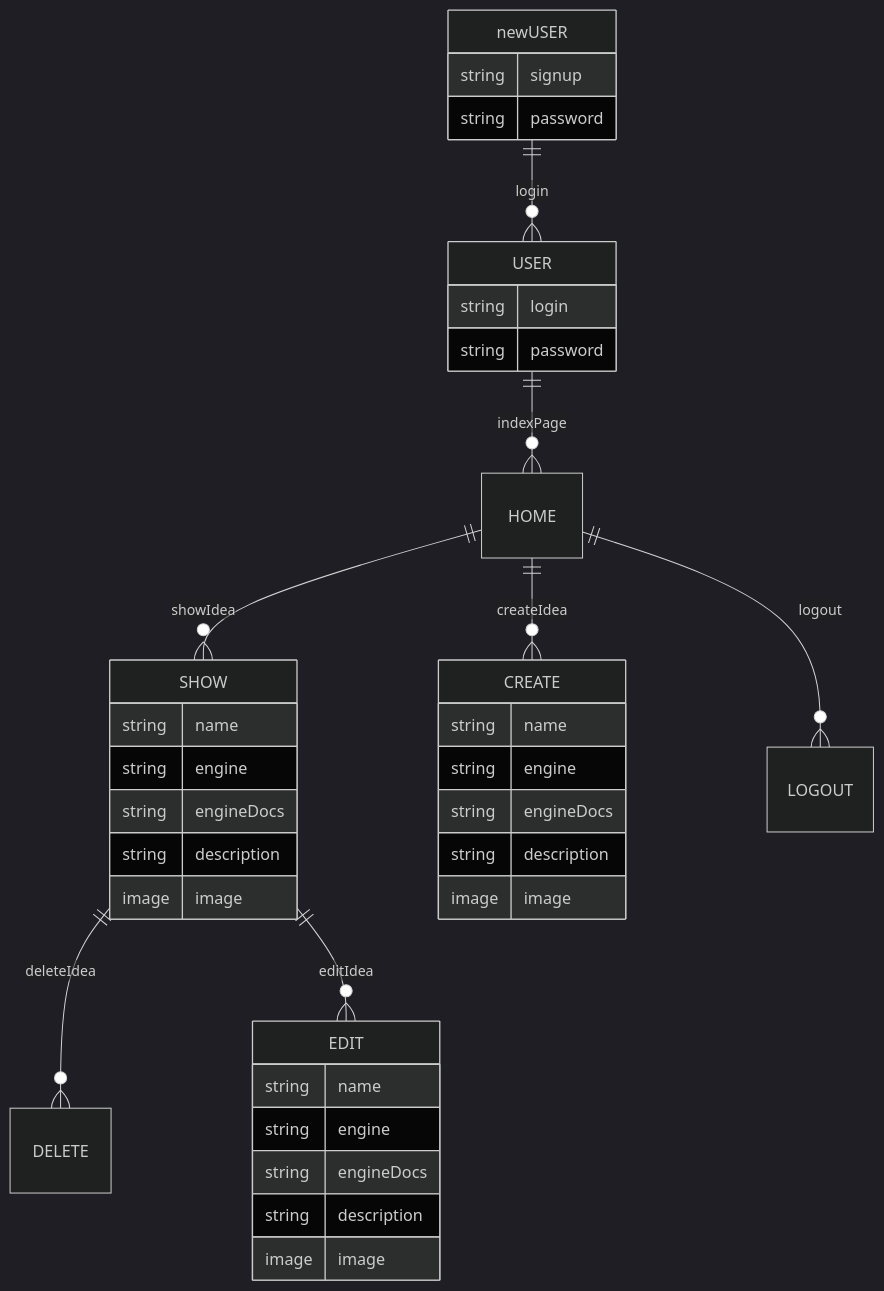
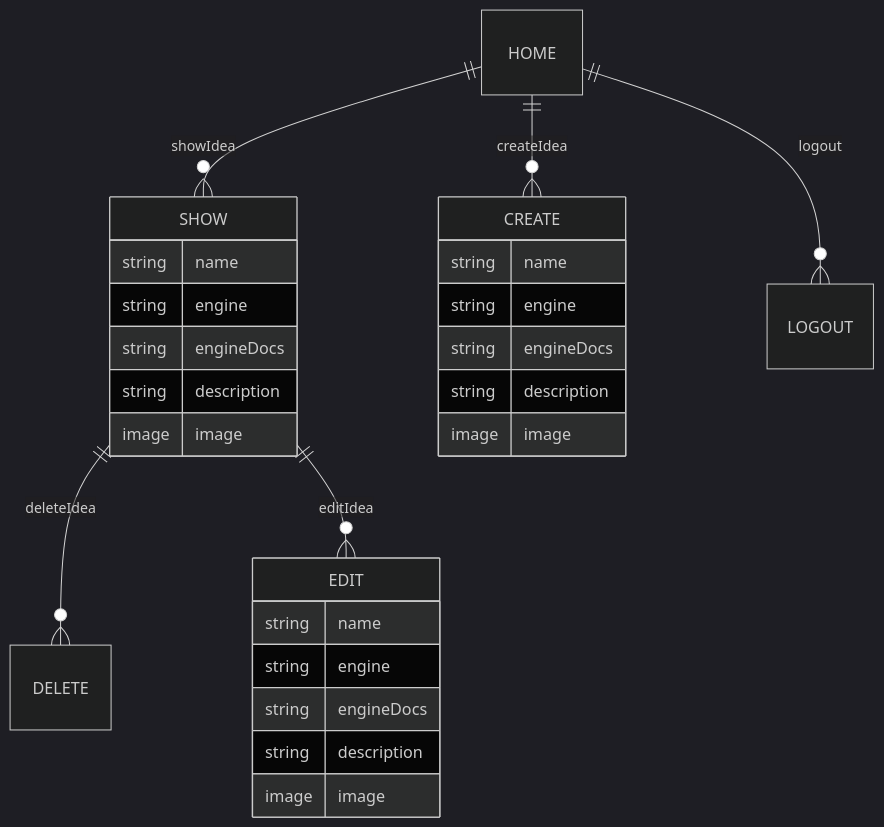
The diagram in README.md (Dvec319/capstone-backend), drawn with Mermaid (dark theme) before and after one commit.

````diff
--- a/README.md
+++ b/README.md
@@ -26,50 +26,37 @@
 ```mermaid
 erDiagram
-    newUSER {
-        string signup
-        string password
-    }
-    newUSER ||--O{ USER : login
-
-    USER {
-        string login
-        string password
-    }
-
-    USER ||--O{ HOME : indexPage
-
     HOME || --O{ SHOW : showIdea
     SHOW{
         string name
         string engine
         string engineDocs
         string description
         image  image
     }
 
     HOME || --o{ CREATE : createIdea
     CREATE {
         string name
         string engine
         string engineDocs
         string description
         image  image
     }
     SHOW || --o{ DELETE : deleteIdea
     DELETE {
 
     }
     SHOW || --o{ EDIT : editIdea
     EDIT {
         string name
         string engine
         string engineDocs
         string description
         image  image
     }
 
 HOME || --o{ LOGOUT : logout
 LOGOUT {
 
     }
 ```
````
